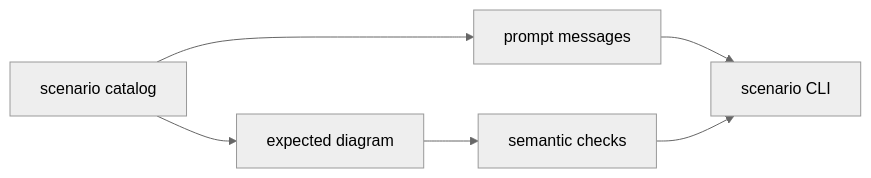
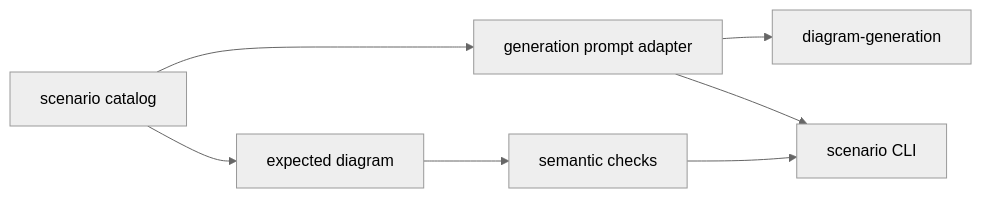
The diagram in packages/diagram-scenarios/README.md (shpitdev/sketchi), drawn with Mermaid (neutral theme) before and after one commit. The commit also changed 23 other files, not shown here.

````diff
--- a/packages/diagram-scenarios/README.md
+++ b/packages/diagram-scenarios/README.md
@@ -5,8 +5,9 @@
 ```mermaid
 flowchart LR
-  Catalog["scenario catalog"] --> Prompt["prompt messages"]
+  Catalog["scenario catalog"] --> Adapter["generation prompt adapter"]
+  Adapter --> Generation["diagram-generation"]
   Catalog --> Expected["expected diagram"]
   Expected --> Checks["semantic checks"]
-  Prompt --> CLI["scenario CLI"]
+  Adapter --> CLI["scenario CLI"]
   Checks --> CLI
 ```
````
